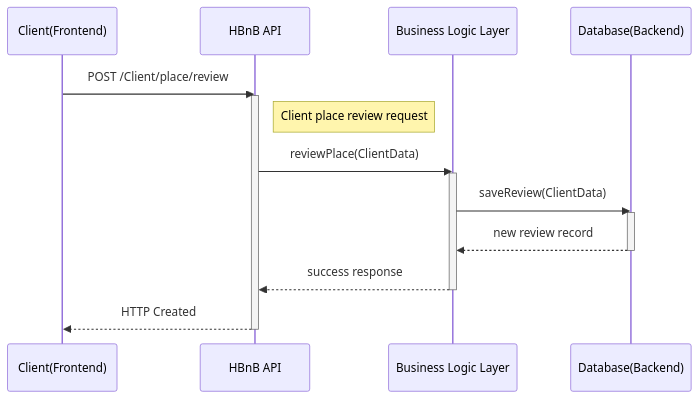
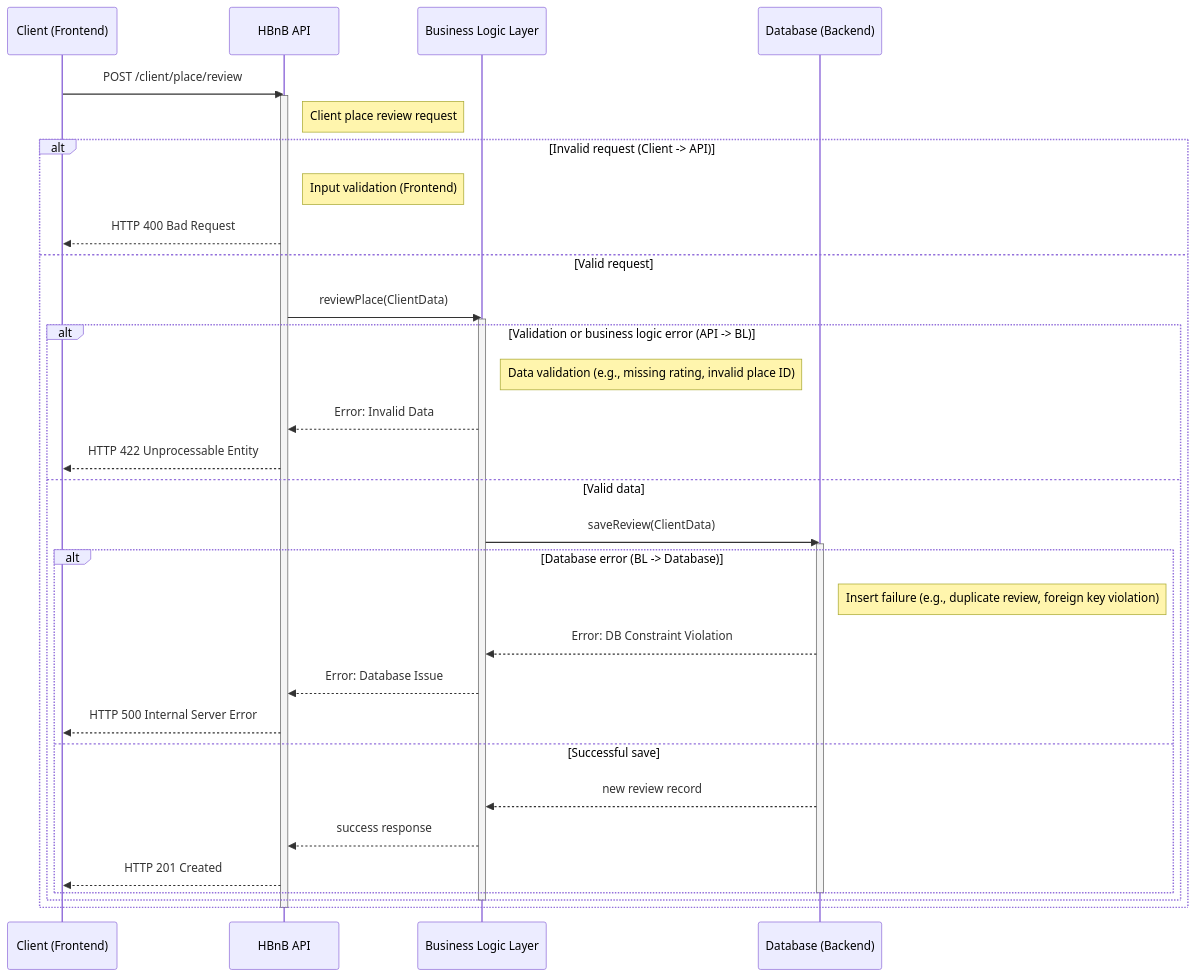
The third of 4 diagrams in part1/Sequence Diagrams for API Calls.md (Mathieu7483/holbertonschool-hbnb), drawn with Mermaid before and after one commit.

Commit message:
Fix sequence diagram formatting for review submission

````diff
--- a/part1/Sequence Diagrams for API Calls.md
+++ b/part1/Sequence Diagrams for API Calls.md
@@ -82,26 +82,42 @@
 ```mermaid
 sequenceDiagram
-    participant Client(Frontend)
+    participant Client as Client (Frontend)
     participant API as HBnB API
     participant BL as Business Logic Layer
-    participant Database(Backend)
+    participant Database as Database (Backend)
 
-    Client(Frontend)->>API: POST /Client/place/review
+    Client->>API: POST /client/place/review
     activate API
     Note right of API: Client place review request
 
-    API->>BL: reviewPlace(ClientData)
-    activate BL
+    alt Invalid request (Client -> API)
+        Note right of API: Input validation (Frontend)
+        API-->>Client: HTTP 400 Bad Request
+    else Valid request
+        API->>BL: reviewPlace(ClientData)
+        activate BL
 
-    BL->>Database(Backend): saveReview(ClientData)
-    activate Database(Backend)
+        alt Validation or business logic error (API -> BL)
+            Note right of BL: Data validation (e.g., missing rating, invalid place ID)
+            BL-->>API: Error: Invalid Data
+            API-->>Client: HTTP 422 Unprocessable Entity
+        else Valid data
+            BL->>Database: saveReview(ClientData)
+            activate Database
 
-    Database(Backend)-->>BL: new review record
-    deactivate Database(Backend)
-
-    BL-->>API: success response
-    deactivate BL
-
-    API-->>Client(Frontend): HTTP Created
+            alt Database error (BL -> Database)
+                Note right of Database: Insert failure (e.g., duplicate review, foreign key violation)
+                Database-->>BL: Error: DB Constraint Violation
+                BL-->>API: Error: Database Issue
+                API-->>Client: HTTP 500 Internal Server Error
+            else Successful save
+                Database-->>BL: new review record
+                BL-->>API: success response
+                API-->>Client: HTTP 201 Created
+            end
+            deactivate Database
+        end
+        deactivate BL
+    end
     deactivate API
 ```
````
